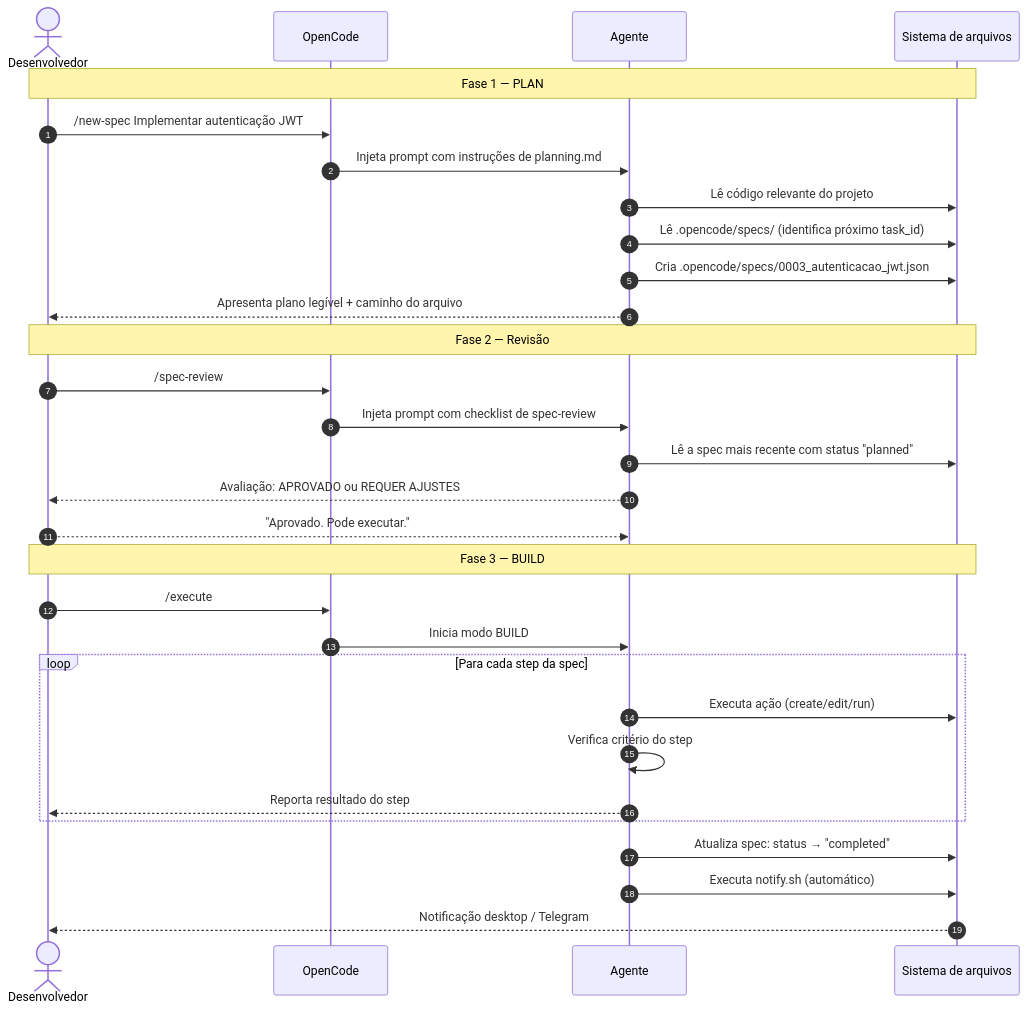
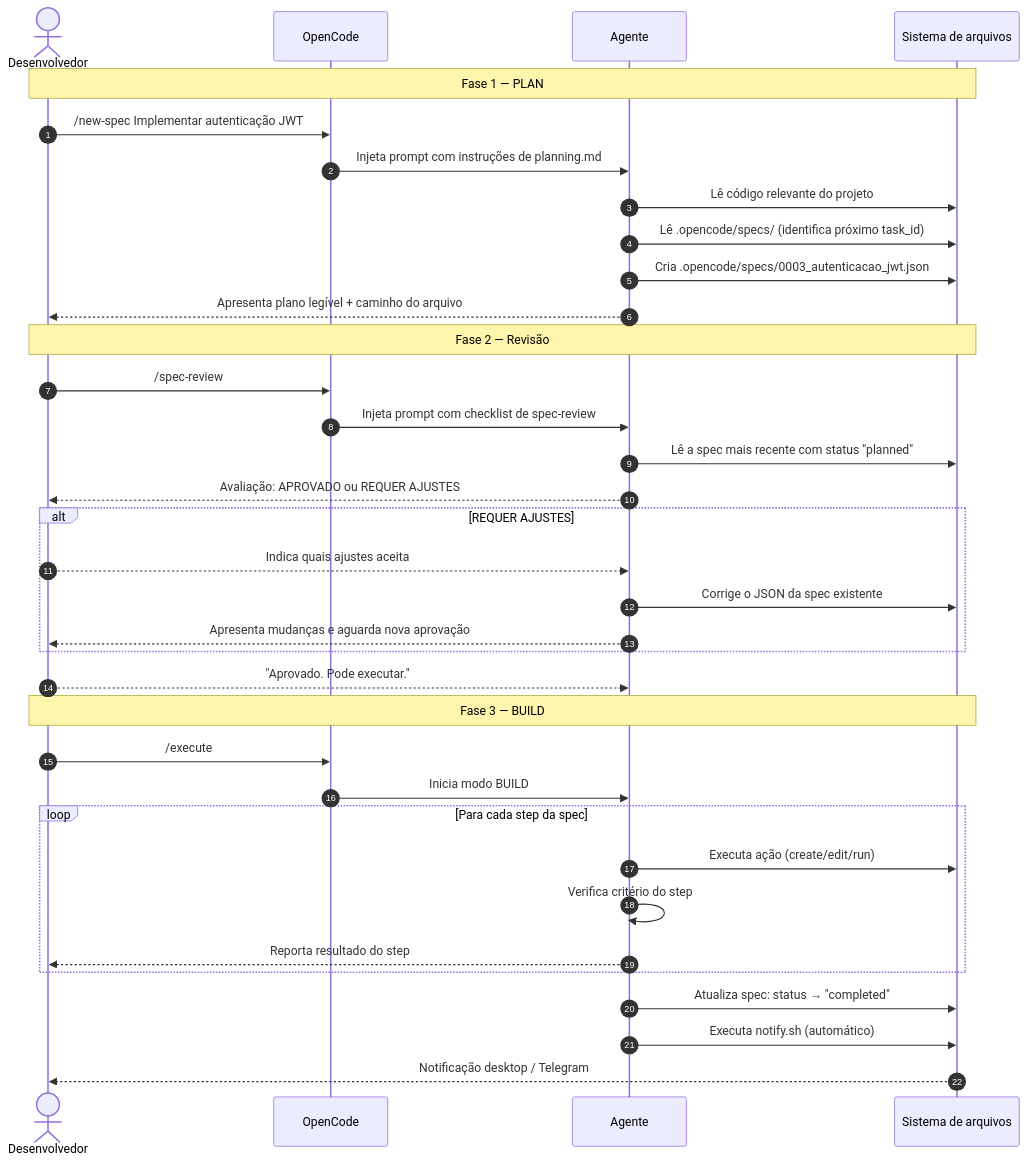
One commit to lucasarlop/opencode-pack changed the diagram in docs/workflow-guide.md. Above: the diagram before and after it, drawn with Mermaid. The commit also changed other lines of this file and 3 other files, not shown here.

````diff
--- a/docs/workflow-guide.md
+++ b/docs/workflow-guide.md
@@ -83,41 +91,47 @@
 ```mermaid
 sequenceDiagram
   autonumber
   actor Dev as Desenvolvedor
   participant OC as OpenCode
   participant Agent as Agente
   participant FS as Sistema de arquivos
 
   Note over Dev,FS: Fase 1 — PLAN
 
   Dev->>OC: /new-spec Implementar autenticação JWT
   OC->>Agent: Injeta prompt com instruções de planning.md
   Agent->>FS: Lê código relevante do projeto
   Agent->>FS: Lê .opencode/specs/ (identifica próximo task_id)
   Agent->>FS: Cria .opencode/specs/0003_autenticacao_jwt.json
   Agent-->>Dev: Apresenta plano legível + caminho do arquivo
 
   Note over Dev,FS: Fase 2 — Revisão
 
   Dev->>OC: /spec-review
   OC->>Agent: Injeta prompt com checklist de spec-review
   Agent->>FS: Lê a spec mais recente com status "planned"
   Agent-->>Dev: Avaliação: APROVADO ou REQUER AJUSTES
 
+  alt REQUER AJUSTES
+    Dev-->>Agent: Indica quais ajustes aceita
+    Agent->>FS: Corrige o JSON da spec existente
+    Agent-->>Dev: Apresenta mudanças e aguarda nova aprovação
+  end
+
   Dev-->>Agent: "Aprovado. Pode executar."
 
   Note over Dev,FS: Fase 3 — BUILD
 
   Dev->>OC: /execute
   OC->>Agent: Inicia modo BUILD
 
   loop Para cada step da spec
     Agent->>FS: Executa ação (create/edit/run)
     Agent->>Agent: Verifica critério do step
     Agent-->>Dev: Reporta resultado do step
   end
 
   Agent->>FS: Atualiza spec: status → "completed"
   Agent->>FS: Executa notify.sh (automático)
   FS-->>Dev: Notificação desktop / Telegram
 ```
````
